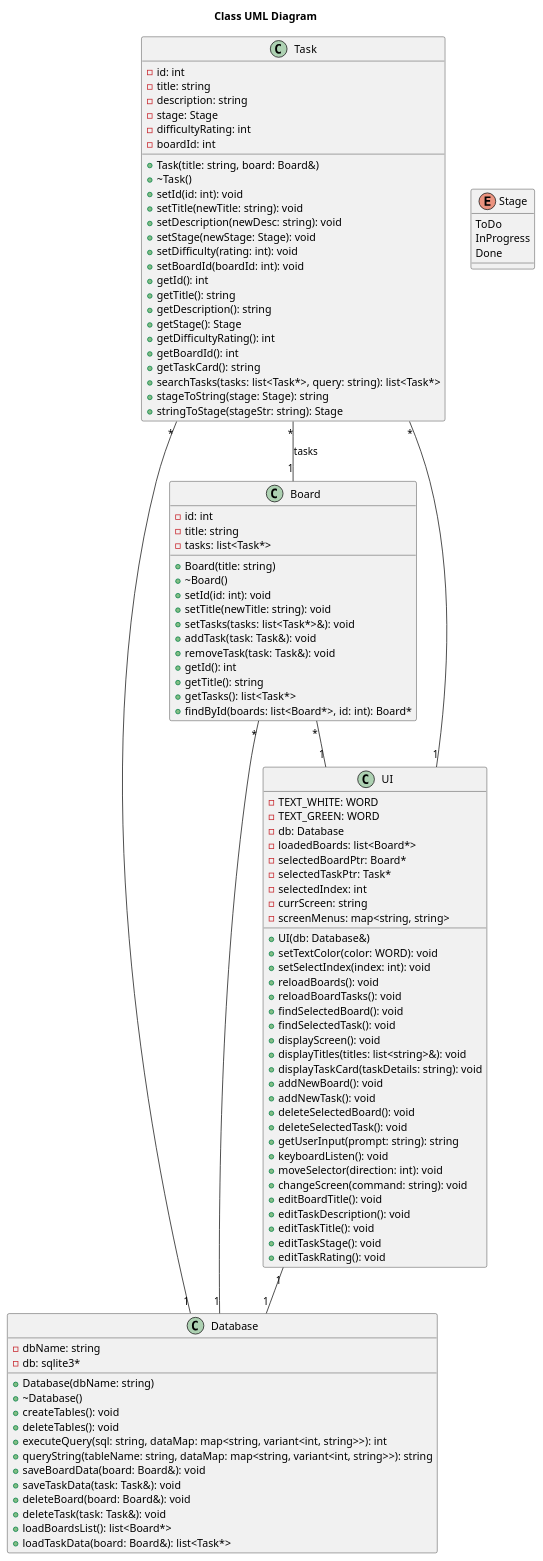
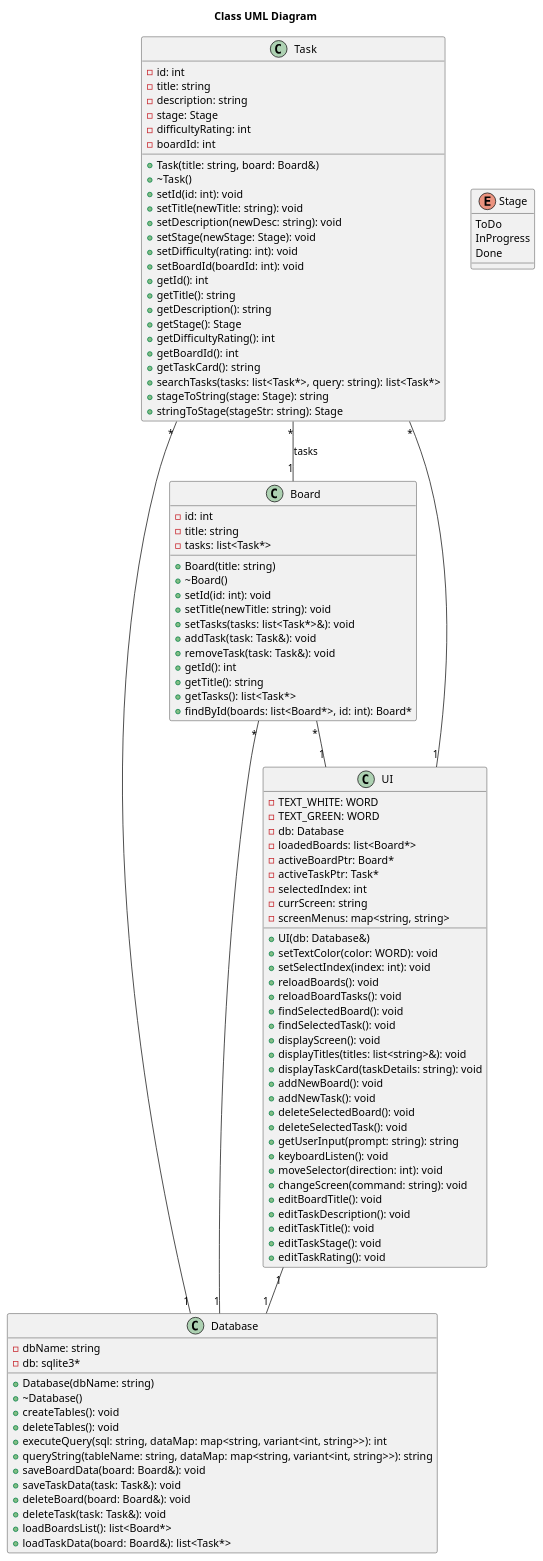
The diagram in diagrams/classUML.puml (travisformayor/cli_kanban), drawn with PlantUML before and after one commit. The commit also changed 2 other files, not shown here.

```diff
--- a/diagrams/classUML.puml
+++ b/diagrams/classUML.puml
@@ -1,114 +1,114 @@
 @startuml classUML
 
 title Class UML Diagram
 
 Task "*" -- "1" Board : tasks
 Task "*" -- "1" Database
 Board "*" -- "1" Database
 Board "*" -- "1" UI
 Task "*" -- "1" UI
 UI "1" -- "1" Database
 
 enum Stage {
   ToDo
   InProgress
   Done
 }
 
 class Task {
   -id: int
   -title: string
   -description: string
   -stage: Stage
   -difficultyRating: int
   -boardId: int
   +Task(title: string, board: Board&)
   +~Task()
   +setId(id: int): void
   +setTitle(newTitle: string): void
   +setDescription(newDesc: string): void
   +setStage(newStage: Stage): void
   +setDifficulty(rating: int): void
   +setBoardId(boardId: int): void
   +getId(): int
   +getTitle(): string
   +getDescription(): string
   +getStage(): Stage
   +getDifficultyRating(): int
   +getBoardId(): int
   +getTaskCard(): string
   +searchTasks(tasks: list<Task*>, query: string): list<Task*>
   +stageToString(stage: Stage): string
   +stringToStage(stageStr: string): Stage
 }
 
 class Board {
   -id: int
   -title: string
   -tasks: list<Task*>
   +Board(title: string)
   +~Board()
   +setId(id: int): void
   +setTitle(newTitle: string): void
   +setTasks(tasks: list<Task*>&): void
   +addTask(task: Task&): void
   +removeTask(task: Task&): void
   +getId(): int
   +getTitle(): string
   +getTasks(): list<Task*>
   +findById(boards: list<Board*>, id: int): Board*
 }
 
 class UI {
   -TEXT_WHITE: WORD
   -TEXT_GREEN: WORD
   -db: Database
   -loadedBoards: list<Board*>
-  -selectedBoardPtr: Board*
-  -selectedTaskPtr: Task*
+  -activeBoardPtr: Board*
+  -activeTaskPtr: Task*
   -selectedIndex: int
   -currScreen: string
   -screenMenus: map<string, string>
   +UI(db: Database&)
   +setTextColor(color: WORD): void
   +setSelectIndex(index: int): void
   +reloadBoards(): void
   +reloadBoardTasks(): void
   +findSelectedBoard(): void
   +findSelectedTask(): void
   +displayScreen(): void
   +displayTitles(titles: list<string>&): void
   +displayTaskCard(taskDetails: string): void
   +addNewBoard(): void
   +addNewTask(): void
   +deleteSelectedBoard(): void
   +deleteSelectedTask(): void
   +getUserInput(prompt: string): string
   +keyboardListen(): void
   +moveSelector(direction: int): void
   +changeScreen(command: string): void
   +editBoardTitle(): void
   +editTaskDescription(): void
   +editTaskTitle(): void
   +editTaskStage(): void
   +editTaskRating(): void
 }
 
 class Database {
   -dbName: string
   -db: sqlite3*
   +Database(dbName: string)
   +~Database()
   +createTables(): void
   +deleteTables(): void
   +executeQuery(sql: string, dataMap: map<string, variant<int, string>>): int
   +queryString(tableName: string, dataMap: map<string, variant<int, string>>): string
   +saveBoardData(board: Board&): void
   +saveTaskData(task: Task&): void
   +deleteBoard(board: Board&): void
   +deleteTask(task: Task&): void
   +loadBoardsList(): list<Board*>
   +loadTaskData(board: Board&): list<Task*>
 }
 
 @enduml
```
